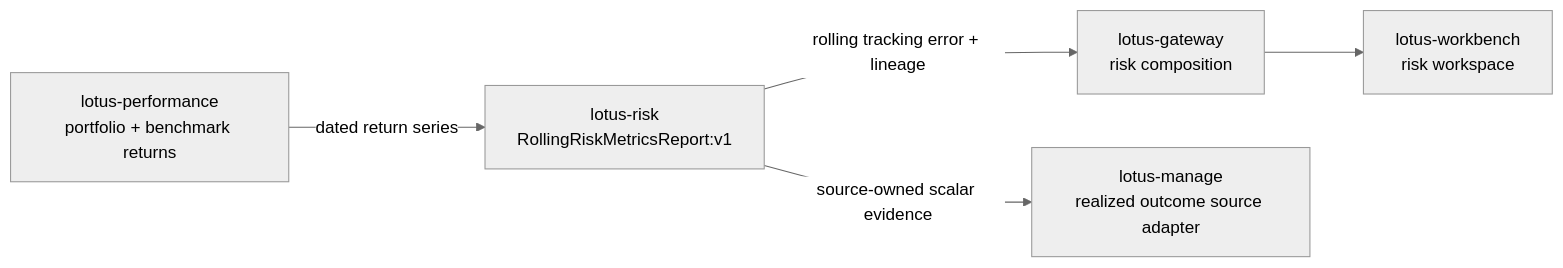
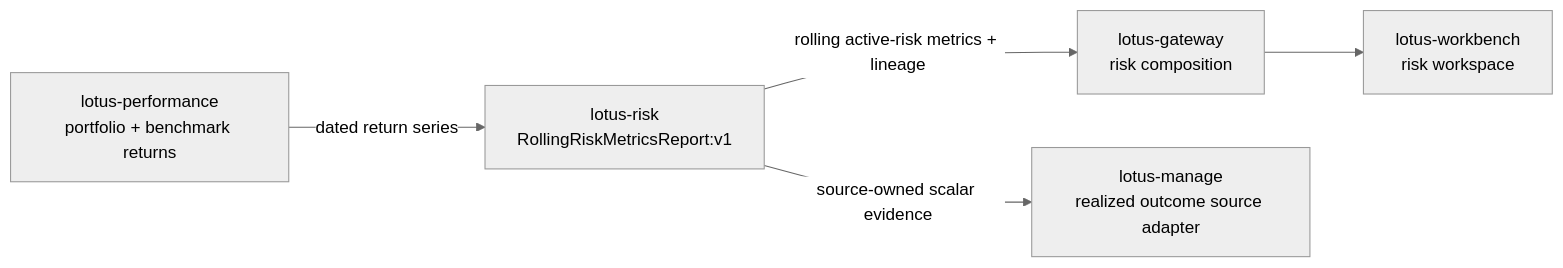
The diagram in wiki/Mesh-Data-Products.md (sgajbi/lotus-risk), drawn with Mermaid (neutral theme) before and after one commit. The commit also changed other lines of this file and 5 other files, not shown here.

````diff
--- a/wiki/Mesh-Data-Products.md
+++ b/wiki/Mesh-Data-Products.md
@@ -29,13 +31,13 @@
 ```mermaid
 flowchart LR
     PERF[lotus-performance<br/>portfolio + benchmark returns]
     RISK[lotus-risk<br/>RollingRiskMetricsReport:v1]
     GW[lotus-gateway<br/>risk composition]
     WB[lotus-workbench<br/>risk workspace]
     MANAGE[lotus-manage<br/>realized outcome source adapter]
 
     PERF -->|dated return series| RISK
-    RISK -->|rolling tracking error + lineage| GW
+    RISK -->|rolling active-risk metrics + lineage| GW
     GW --> WB
     RISK -->|source-owned scalar evidence| MANAGE
 ```
````
